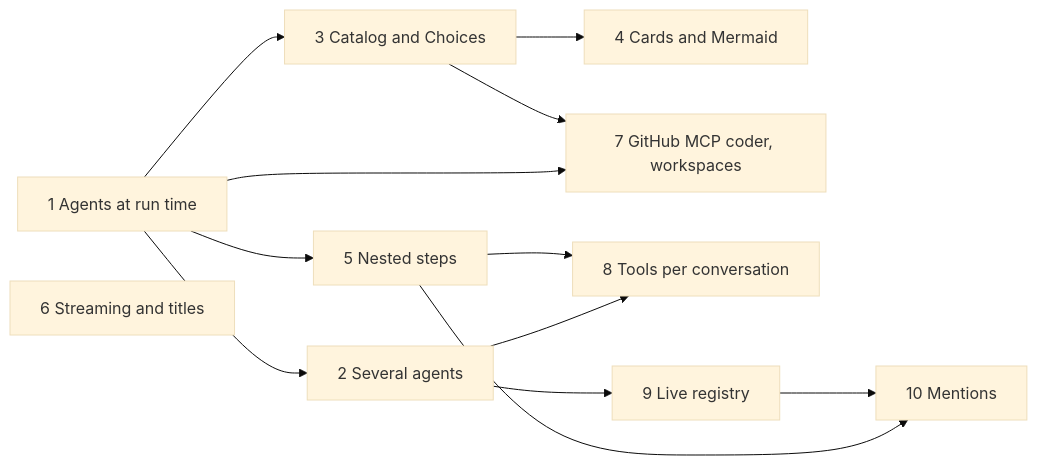
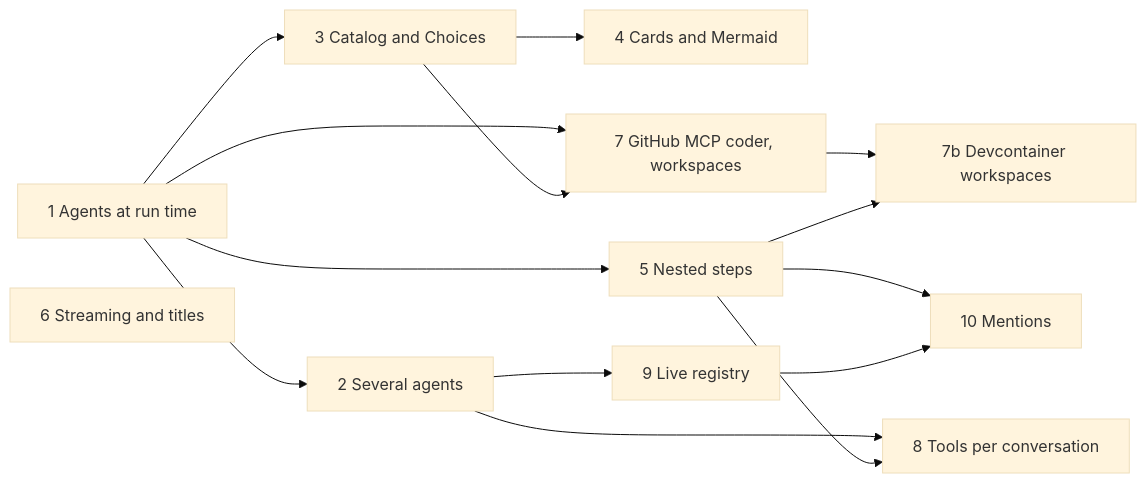
Before and after one commit to vymalo/another-agentic-system: the diagram in docs/mvp.md, drawn with Mermaid (base theme). The commit also changed other lines of this file and 4 other files, not shown here.

````diff
--- a/docs/mvp.md
+++ b/docs/mvp.md
@@ -58,15 +59,17 @@
 ```mermaid
 flowchart LR
   s1[1 Agents at run time] --> s2[2 Several agents]
   s1 --> s3[3 Catalog and Choices]
   s3 --> s4[4 Cards and Mermaid]
   s1 --> s5[5 Nested steps]
   s6[6 Streaming and titles]
   s1 --> s7[7 GitHub MCP coder, workspaces]
   s3 --> s7
+  s7 --> s7b[7b Devcontainer workspaces]
+  s5 --> s7b
   s2 --> s8[8 Tools per conversation]
   s5 --> s8
   s2 --> s9[9 Live registry]
   s5 --> s10[10 Mentions]
   s9 --> s10
 ```
````
